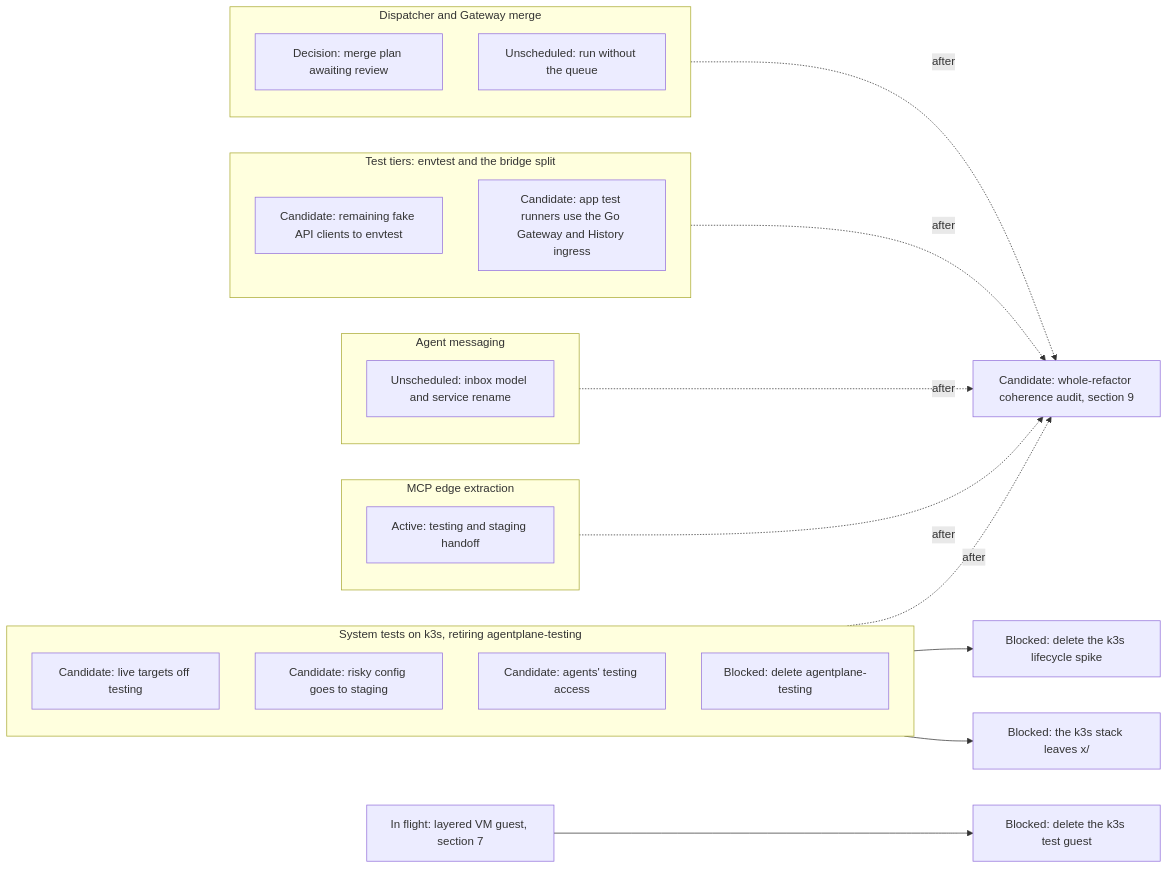
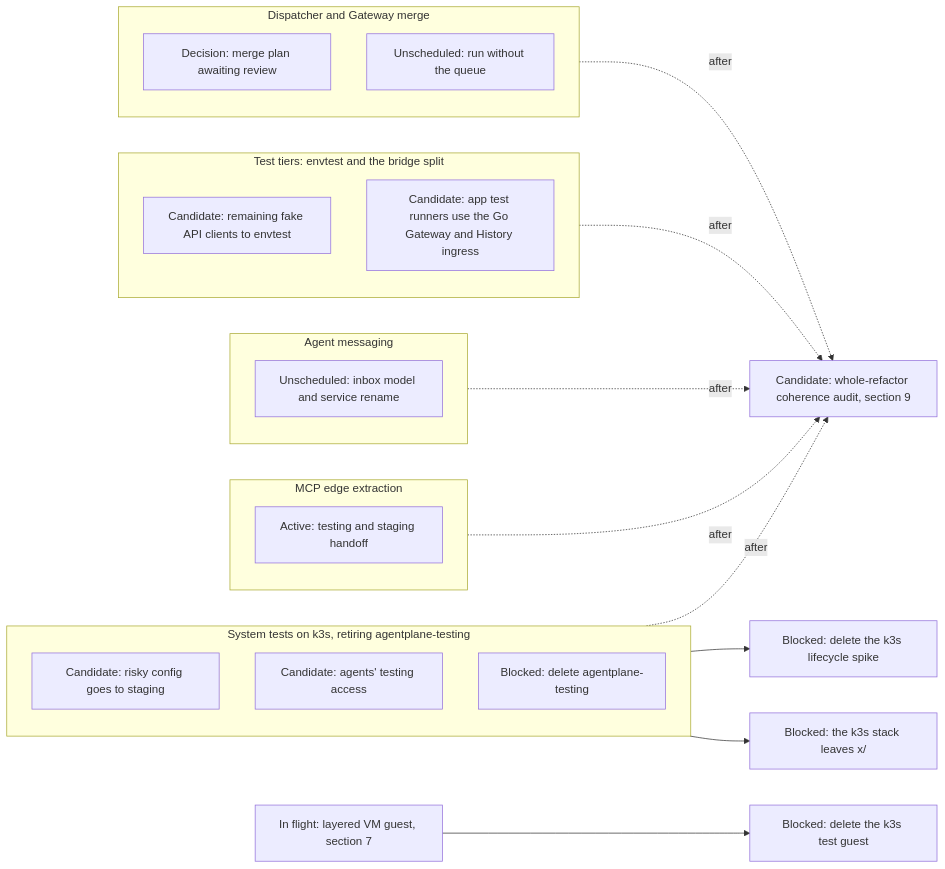
One commit to agentydragon-agent/ducktape changed the first of 19 diagrams in agentplane/plans/task_dag.md. Above: the diagram before and after it, drawn with Mermaid. The commit also changed other lines of this file and 15 other files, not shown here.

First line of the commit message:
agentplane: no system test targets agentplane-testing

````diff
--- a/agentplane/plans/task_dag.md
+++ b/agentplane/plans/task_dag.md
@@ -29,31 +29,30 @@
 ```mermaid
 flowchart LR
     subgraph ACTION_TRACK[MCP edge extraction]
         ACTION_MCP_EDGE_SPLIT[Active: testing and staging handoff]
     end
     subgraph MESSAGING_TRACK[Agent messaging]
         NOTIFICATION_SERVICE_SPLIT[Unscheduled: inbox model and service rename]
     end
     subgraph K3S_TRACK[System tests on k3s, retiring agentplane-testing]
-        LIVE_TARGETS_OFF_TESTING[Candidate: live targets off testing]
         STAGING_FIRST_ROLLOUT[Candidate: risky config goes to staging]
         AGENT_TESTING_ACCESS_RETIRE[Candidate: agents' testing access]
         TESTING_ENVIRONMENT_RETIRE[Blocked: delete agentplane-testing]
     end
     subgraph TIER_TRACK[Test tiers: envtest and the bridge split]
         FAKE_CLIENTS_TO_ENVTEST[Candidate: remaining fake API clients to envtest]
         APP_TEST_RUNNER_FIXTURES_GO[Candidate: app test runners use the Go Gateway and History ingress]
     end
     subgraph DISPATCH_TRACK[Dispatcher and Gateway merge]
         DISPATCHER_PERSISTENCE_MODEL_DESIGN[Decision: merge plan awaiting review]
         DISPATCHER_QUEUE_OPTIONAL[Unscheduled: run without the queue]
     end
     K3S_TRACK --> K3S_ENV_OUT_OF_X[Blocked: the k3s stack leaves x/]
     K3S_TRACK --> K3S_SPIKE_TARGETS_RETIRE[Blocked: delete the k3s lifecycle spike]
     RUNNER_LAYERING_VM[In flight: layered VM guest, section 7] --> K3S_TEST_GUEST_RETIRE[Blocked: delete the k3s test guest]
     ACTION_TRACK -. after .-> REFACTOR_COHERENCE_AUDIT[Candidate: whole-refactor coherence audit, section 9]
     MESSAGING_TRACK -. after .-> REFACTOR_COHERENCE_AUDIT
     K3S_TRACK -. after .-> REFACTOR_COHERENCE_AUDIT
     TIER_TRACK -. after .-> REFACTOR_COHERENCE_AUDIT
     DISPATCH_TRACK -. after .-> REFACTOR_COHERENCE_AUDIT
 ```
````
